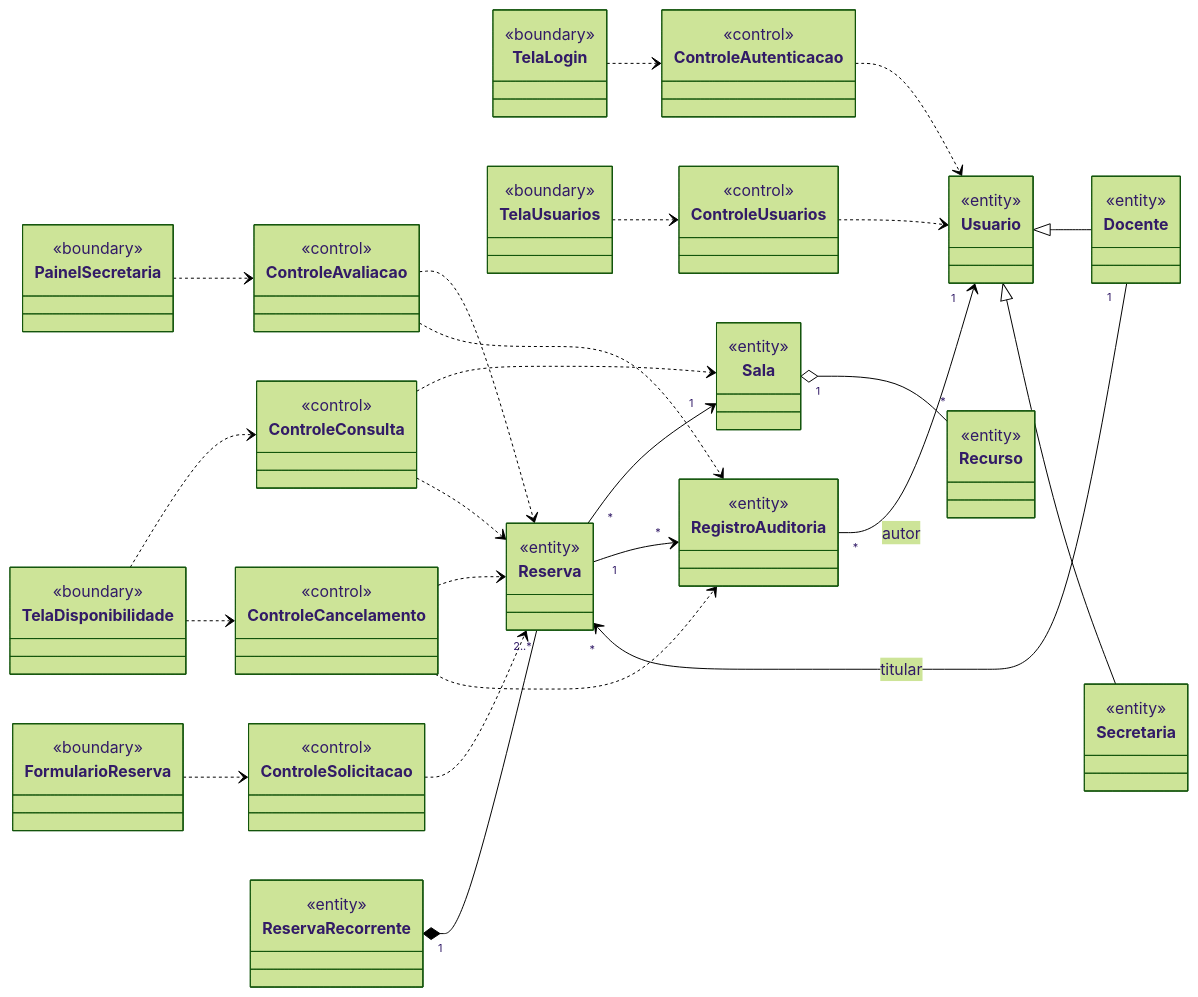
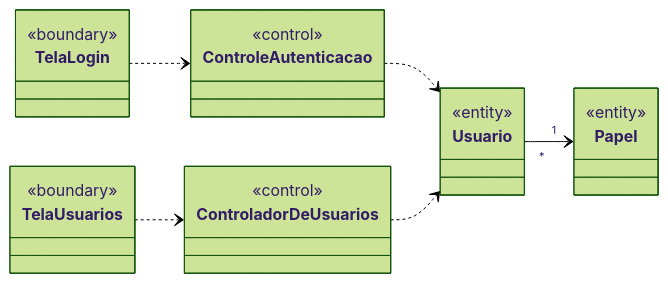
One commit to beatrizmontenegro07/projeto-metodos changed the diagram in docs/05-analise.md. Above: the diagram before and after it, drawn with Mermaid (forest theme). The commit also changed other lines of this file and 9 other files, not shown here.

First line of the commit message:
docs: redraw user management diagrams for the new design

````diff
--- a/docs/05-analise.md
+++ b/docs/05-analise.md
@@ -7,51 +9,20 @@
 ```mermaid
 classDiagram
     direction LR
 
-    class TelaDisponibilidade { <<boundary>> }
-    class FormularioReserva { <<boundary>> }
-    class PainelSecretaria { <<boundary>> }
     class TelaLogin { <<boundary>> }
     class TelaUsuarios { <<boundary>> }
 
-    class ControleConsulta { <<control>> }
-    class ControleSolicitacao { <<control>> }
-    class ControleAvaliacao { <<control>> }
-    class ControleCancelamento { <<control>> }
     class ControleAutenticacao { <<control>> }
-    class ControleUsuarios { <<control>> }
+    class ControladorDeUsuarios { <<control>> }
 
     class Usuario { <<entity>> }
-    class Docente { <<entity>> }
-    class Secretaria { <<entity>> }
-    class Sala { <<entity>> }
-    class Recurso { <<entity>> }
-    class Reserva { <<entity>> }
-    class ReservaRecorrente { <<entity>> }
-    class RegistroAuditoria { <<entity>> }
+    class Papel { <<entity>> }
 
-    Usuario <|-- Docente
-    Usuario <|-- Secretaria
-    Sala "1" o-- "*" Recurso
-    Docente "1" --> "*" Reserva : titular
-    Reserva "*" --> "1" Sala
-    ReservaRecorrente "1" *-- "2..*" Reserva
-    Reserva "1" --> "*" RegistroAuditoria
-    RegistroAuditoria "*" --> "1" Usuario : autor
+    Usuario "*" --> "1" Papel
 
-    TelaDisponibilidade ..> ControleConsulta
-    FormularioReserva ..> ControleSolicitacao
-    PainelSecretaria ..> ControleAvaliacao
-    TelaDisponibilidade ..> ControleCancelamento
-    ControleConsulta ..> Sala
-    ControleConsulta ..> Reserva
-    ControleSolicitacao ..> Reserva
-    ControleAvaliacao ..> Reserva
-    ControleAvaliacao ..> RegistroAuditoria
-    ControleCancelamento ..> Reserva
-    ControleCancelamento ..> RegistroAuditoria
     TelaLogin ..> ControleAutenticacao
-    TelaUsuarios ..> ControleUsuarios
+    TelaUsuarios ..> ControladorDeUsuarios
     ControleAutenticacao ..> Usuario
-    ControleUsuarios ..> Usuario
+    ControladorDeUsuarios ..> Usuario
 ```
````
